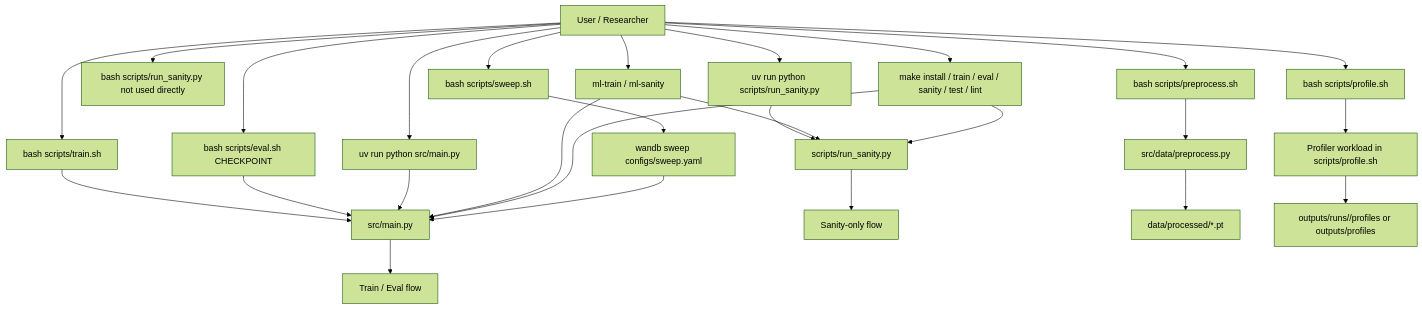
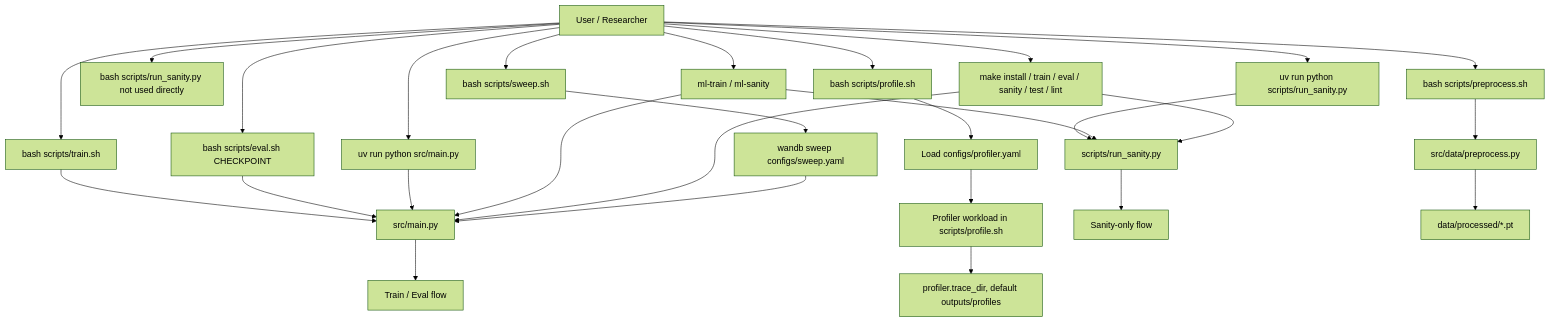
The first of 5 diagrams in Flowchart.md (CodeName-Detective/Experimentarium), drawn with Mermaid (forest theme) before and after one commit. The commit also changed other lines of this file and 37 other files, not shown here.

````diff
--- a/Flowchart.md
+++ b/Flowchart.md
@@ -7,35 +7,36 @@
 ```mermaid
 flowchart TD
     User[User / Researcher]
 
     User --> UVTrain[uv run python src/main.py]
     User --> UVSanity[uv run python scripts/run_sanity.py]
     User --> ShellTrain[bash scripts/train.sh]
     User --> ShellEval[bash scripts/eval.sh CHECKPOINT]
     User --> ShellSanity[bash scripts/run_sanity.py not used directly]
     User --> ShellPreprocess[bash scripts/preprocess.sh]
     User --> ShellProfile[bash scripts/profile.sh]
     User --> ShellSweep[bash scripts/sweep.sh]
     User --> MakeTargets["make install / train / eval / sanity / test / lint"]
     User --> ConsoleScripts[ml-train / ml-sanity]
 
     ShellTrain --> Main[src/main.py]
     ShellEval --> Main
     UVTrain --> Main
     ConsoleScripts --> Main
     MakeTargets --> Main
 
     UVSanity --> SanityScript[scripts/run_sanity.py]
     ConsoleScripts --> SanityScript
     MakeTargets --> SanityScript
 
     ShellPreprocess --> Preprocess[src/data/preprocess.py]
-    ShellProfile --> ProfileInline[Profiler workload in scripts/profile.sh]
+    ShellProfile --> ProfileConfig[Load configs/profiler.yaml]
+    ProfileConfig --> ProfileInline[Profiler workload in scripts/profile.sh]
     ShellSweep --> WandBSweep[wandb sweep configs/sweep.yaml]
 
     SanityScript --> SanityFlow[Sanity-only flow]
     Main --> MainFlow[Train / Eval flow]
     Preprocess --> TensorFiles[data/processed/*.pt]
-    ProfileInline --> ProfileOutputs["outputs/runs/<run_id>/profiles or outputs/profiles"]
+    ProfileInline --> ProfileOutputs["profiler.trace_dir, default outputs/profiles"]
     WandBSweep --> Main
 ```
````
